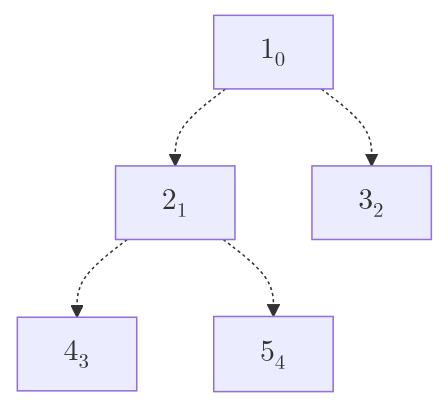
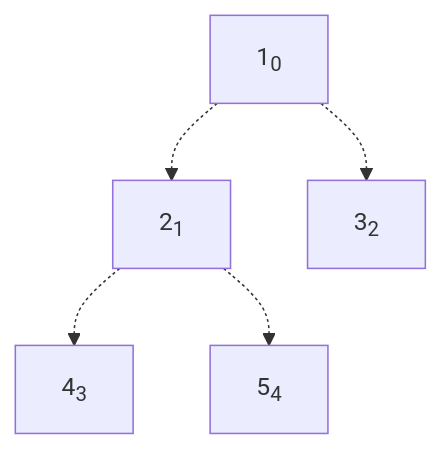
One commit to cafewang/cafewang.github.io changed diagram 15 of 15 in _posts/2024-12-17-sort-four.md. Above: the diagram before and after it, drawn with Mermaid. The commit also changed other lines of this file, not shown here.

Commit message:
fix mermaid done

````diff
--- a/_posts/2024-12-17-sort-four.md
+++ b/_posts/2024-12-17-sort-four.md
@@ -278,14 +279,14 @@
 ```mermaid
 
 graph TD 
-A["$$1_0$$"]
-B["$$2_1$$"]
-C["$$3_2$$"]
-D["$$4_3$$"]
-E["$$5_4$$"]
+A["1<sub>0</sub>"]
+B["2<sub>1</sub>"]
+C["3<sub>2</sub>"]
+D["4<sub>3</sub>"]
+E["5<sub>4</sub>"]
 
 A -.-> B
 A -.-> C
 B -.-> D
 B -.-> E
 ```
````
